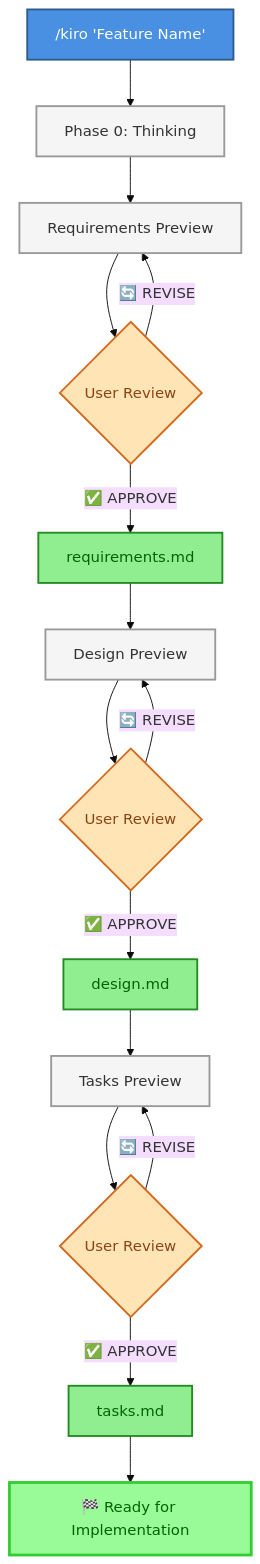
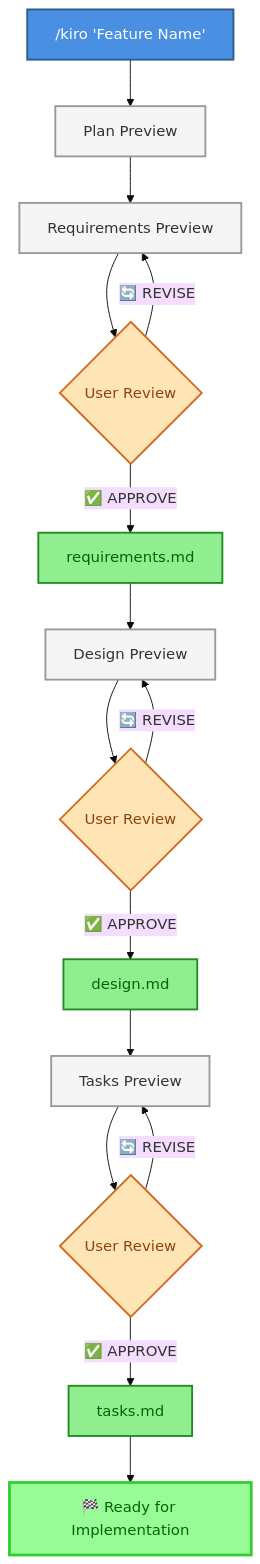
One commit to bizzkoot/Codex-CLI_Kiro-Bear-Profiles changed the first of 5 diagrams in README.md. Above: the diagram before and after it, drawn with Mermaid (base theme). The commit also changed other lines of this file and 3 other files, not shown here.

````diff
--- a/README.md
+++ b/README.md
@@ -78,30 +78,30 @@
 ```mermaid
 graph TD
-    A["/kiro 'Feature Name'"] --> B[Phase 0: Thinking]
+    A["/kiro 'Feature Name'"] --> B[Plan Preview]
     B --> C[Requirements Preview]
     C --> D{User Review}
     D -->|✅ APPROVE| E[requirements.md]
     D -->|🔄 REVISE| C
     E --> F[Design Preview]
     F --> G{User Review}
     G -->|✅ APPROVE| H[design.md]
     G -->|🔄 REVISE| F
     H --> I[Tasks Preview]
     I --> J{User Review}
     J -->|✅ APPROVE| K[tasks.md]
     J -->|🔄 REVISE| I
     K --> L[🏁 Ready for Implementation]
     
     style A fill:#4A90E2,stroke:#2E5C8A,stroke-width:2px,color:#FFFFFF
     style B fill:#F5F5F5,stroke:#999999,stroke-width:2px,color:#333333
     style C fill:#F5F5F5,stroke:#999999,stroke-width:2px,color:#333333
     style D fill:#FFE4B5,stroke:#D2691E,stroke-width:2px,color:#8B4513
     style E fill:#90EE90,stroke:#228B22,stroke-width:2px,color:#006400
     style F fill:#F5F5F5,stroke:#999999,stroke-width:2px,color:#333333
     style G fill:#FFE4B5,stroke:#D2691E,stroke-width:2px,color:#8B4513
     style H fill:#90EE90,stroke:#228B22,stroke-width:2px,color:#006400
     style I fill:#F5F5F5,stroke:#999999,stroke-width:2px,color:#333333
     style J fill:#FFE4B5,stroke:#D2691E,stroke-width:2px,color:#8B4513
     style K fill:#90EE90,stroke:#228B22,stroke-width:2px,color:#006400
     style L fill:#98FB98,stroke:#32CD32,stroke-width:3px,color:#006400
 ```
````
